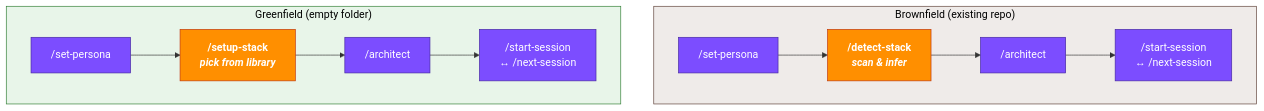
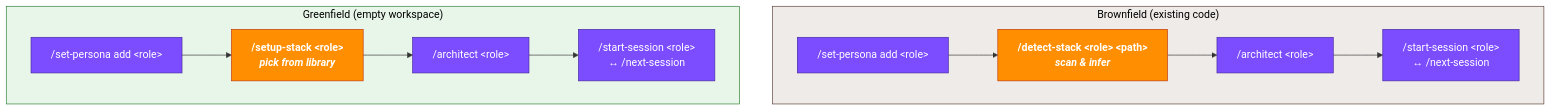
The diagram in materials/diagrams/d07-greenfield-vs-brownfield.mmd (axel-sirota/cursor-course-templates), drawn with Mermaid before and after one commit. The commit also changed 58 other files, not shown here.

First line of the commit message:
feat(intuit): enforce persona flow gates, fix slide diagrams, add basic concepts section

```diff
--- a/materials/diagrams/d07-greenfield-vs-brownfield.mmd
+++ b/materials/diagrams/d07-greenfield-vs-brownfield.mmd
@@ -1,23 +1,23 @@
 flowchart LR
-  subgraph G["Greenfield (empty folder)"]
+  subgraph G["Greenfield (empty workspace)"]
     direction LR
-    G1["/set-persona"] --> G2["/setup-stack<br/><i>pick from library</i>"]
-    G2 --> G3["/architect"] --> G4["/start-session<br/>&harr; /next-session"]
+    G1["/set-persona add &lt;role&gt;"] --> G2["/setup-stack &lt;role&gt;<br/><i>pick from library</i>"]
+    G2 --> G3["/architect &lt;role&gt;"] --> G4["/start-session &lt;role&gt;<br/>&harr; /next-session"]
   end
 
-  subgraph B["Brownfield (existing repo)"]
+  subgraph B["Brownfield (existing code)"]
     direction LR
-    B1["/set-persona"] --> B2["/detect-stack<br/><i>scan &amp; infer</i>"]
-    B2 --> B3["/architect"] --> B4["/start-session<br/>&harr; /next-session"]
+    B1["/set-persona add &lt;role&gt;"] --> B2["/detect-stack &lt;role&gt; &lt;path&gt;<br/><i>scan &amp; infer</i>"]
+    B2 --> B3["/architect &lt;role&gt;"] --> B4["/start-session &lt;role&gt;<br/>&harr; /next-session"]
   end
 
   G ~~~ B
 
   classDef green fill:#e8f5e9,stroke:#2e7d32,color:#000;
   classDef brown fill:#efebe9,stroke:#5d4037,color:#000;
   classDef spine fill:#7c4dff,stroke:#4527a0,color:#fff;
   classDef diff fill:#ff8f00,stroke:#bf360c,color:#fff,font-weight:bold;
   class G green;
   class B brown;
   class G1,G3,G4,B1,B3,B4 spine;
   class G2,B2 diff;
```
